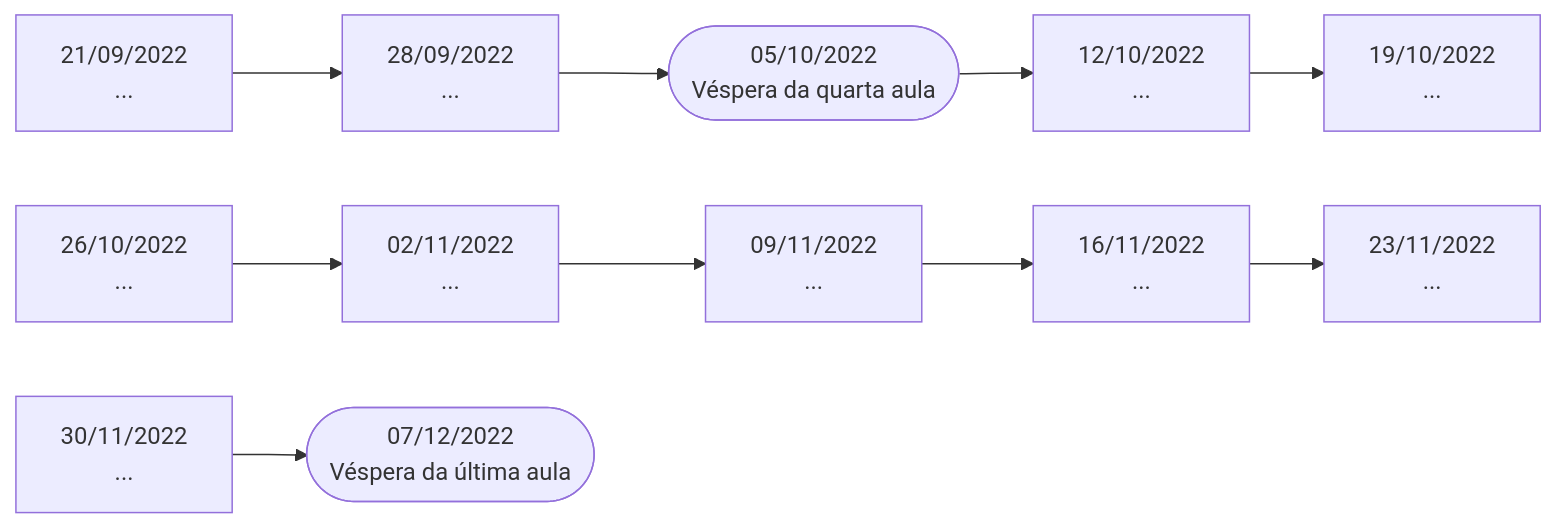
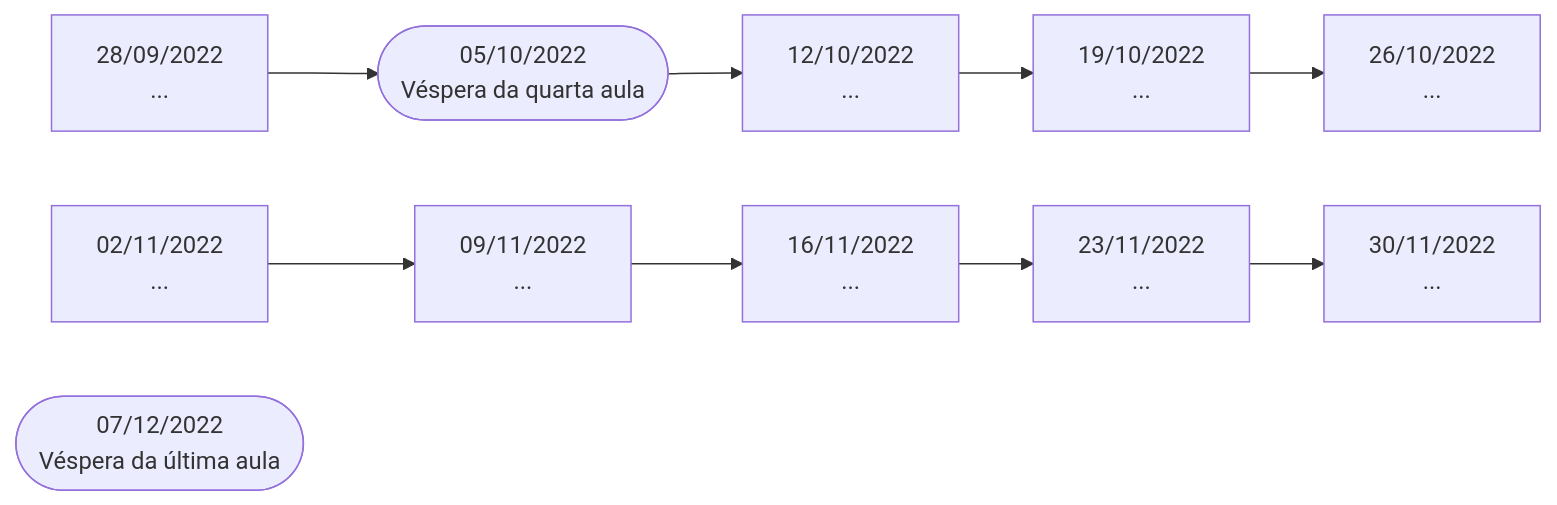
One commit to GusFiuza/MBA-FIAP changed the diagram in StartupOne/timeline.md. Above: the diagram before and after it, drawn with Mermaid.

Commit message:
Update timeline.md
Ajuste na timeline. Menos uma semana

````diff
--- a/StartupOne/timeline.md
+++ b/StartupOne/timeline.md
@@ -3,15 +3,14 @@
 ```mermaid
 flowchart LR
-    L[21/09/2022\n...] -->
     K[28/09/2022\n...] -->
     J([05/10/2022\nVéspera da quarta aula]) -->
     I[12/10/2022\n...] -->
-    H[19/10/2022\n...] 
-    G[26/10/2022\n...] -->
+    H[19/10/2022\n...] -->
+    G[26/10/2022\n...] 
     F[02/11/2022\n...] -->
     E[09/11/2022\n...] -->
     D[16/11/2022\n...] -->
-    C[23/11/2022\n...] 
-    B[30/11/2022\n...] -->
+    C[23/11/2022\n...] -->
+    B[30/11/2022\n...] 
     A([07/12/2022\nVéspera da última aula])
 ```
````
